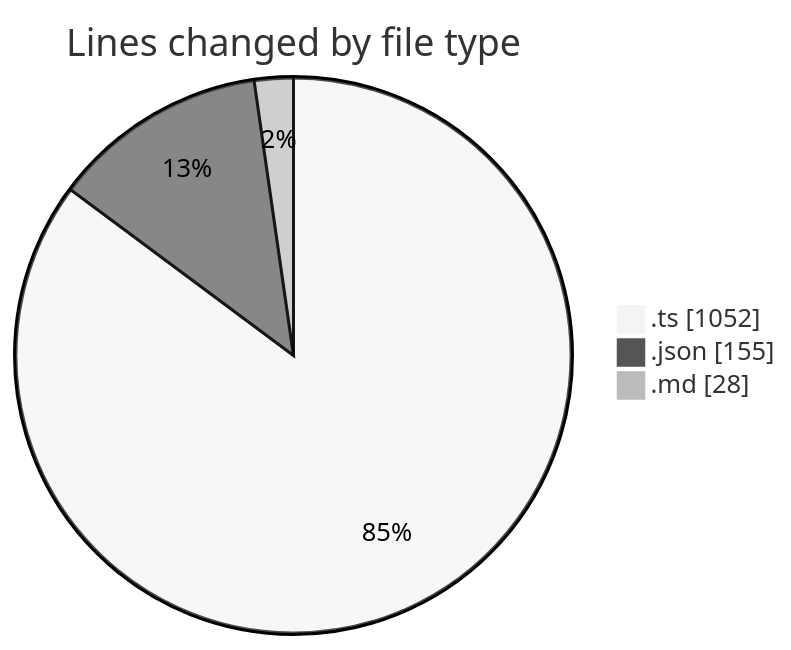
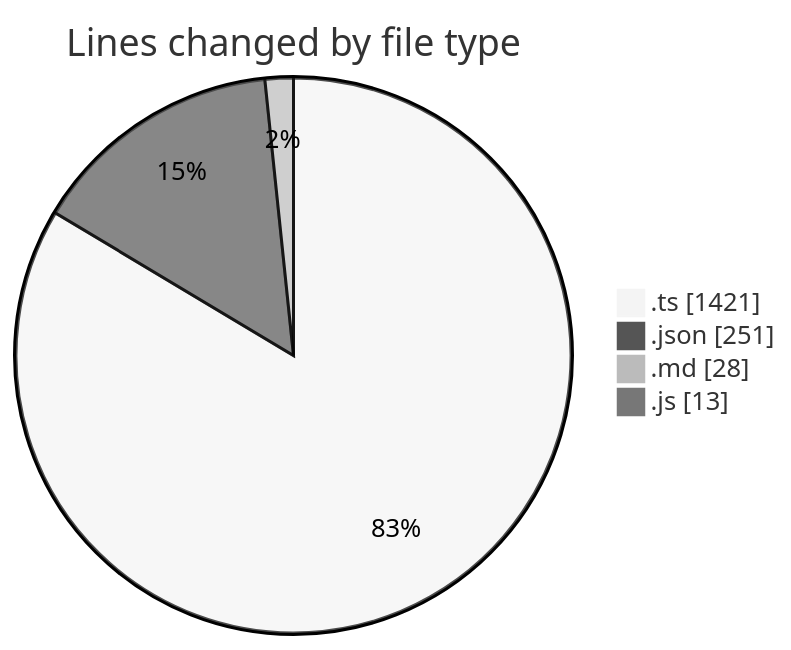
One commit to ernivani/code-tracking changed the first of 2 diagrams in 2025-01-03/my-code-activity-ext/README.md. Above: the diagram before and after it, drawn with Mermaid (neutral theme). The commit also changed other lines of this file and 6 other files, not shown here.

````diff
--- a/2025-01-03/my-code-activity-ext/README.md
+++ b/2025-01-03/my-code-activity-ext/README.md
@@ -27,7 +30,8 @@
 ```mermaid
 pie showData
 title Lines changed by file type
-".ts" : 1052
-".json" : 155
+".ts" : 1421
+".json" : 251
 ".md" : 28
+".js" : 13
 ```
````
